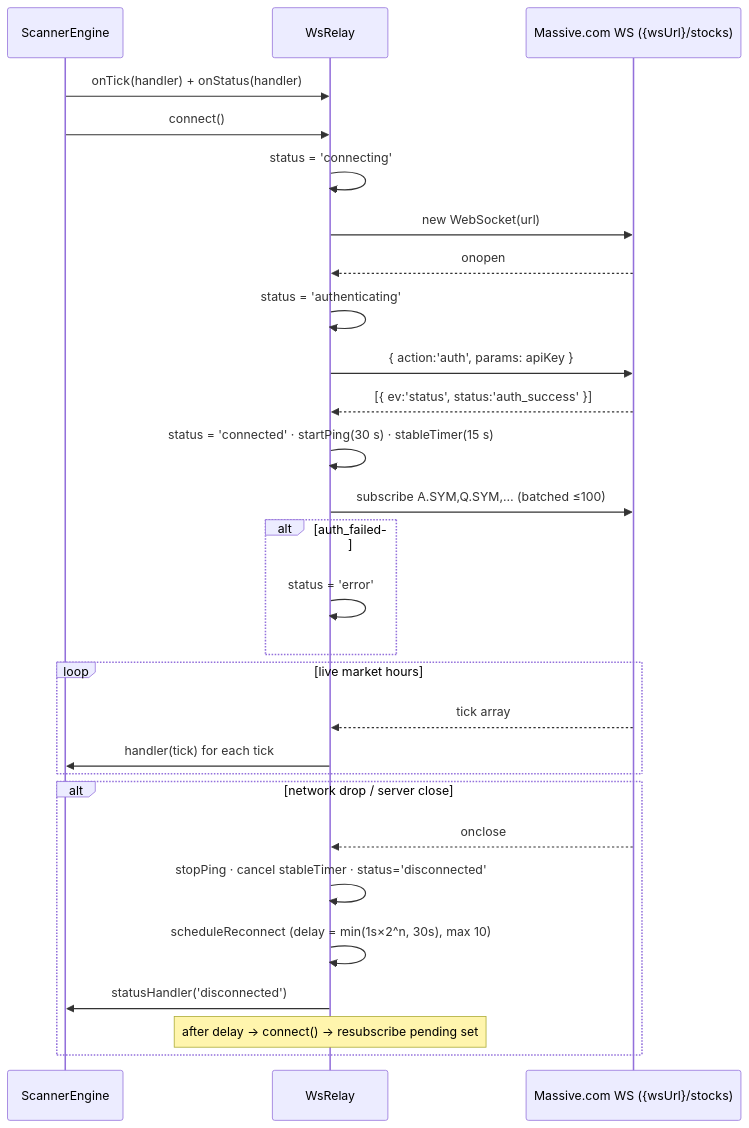
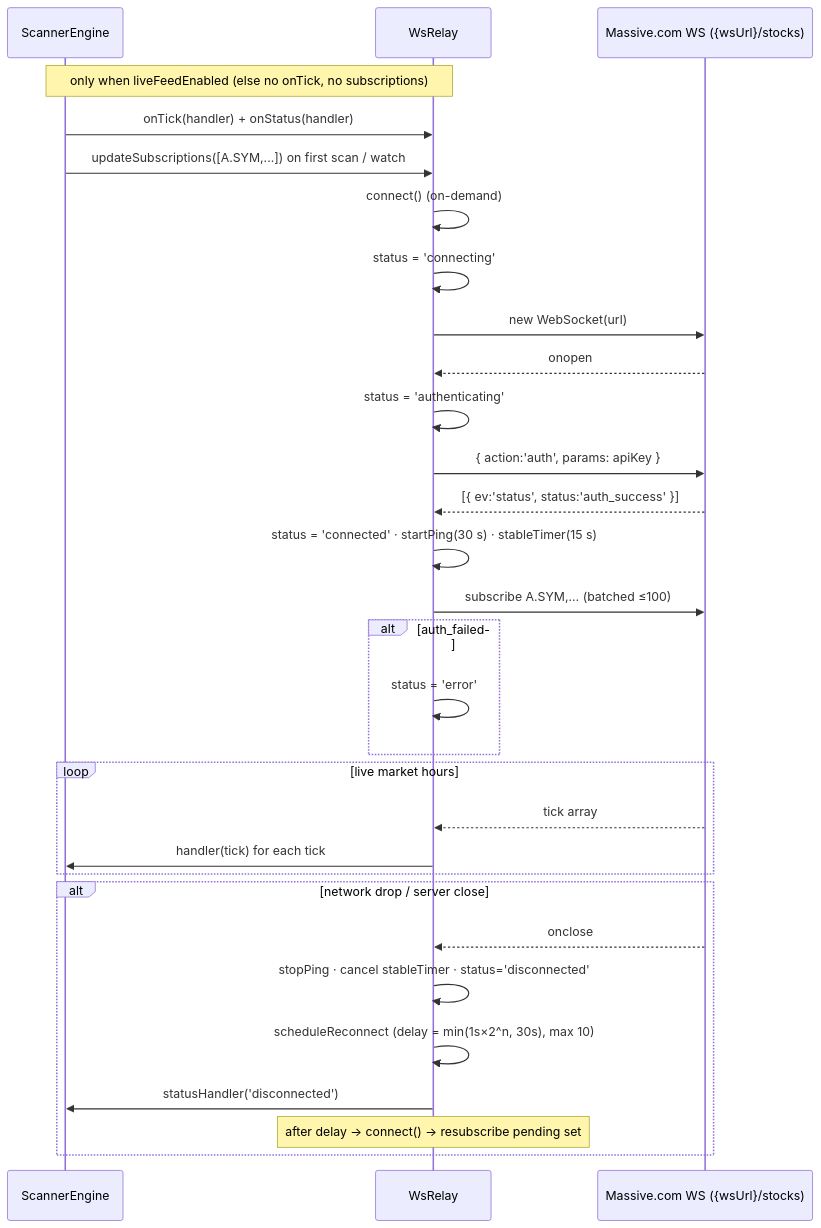
Before and after one commit to GerritKnoetze/pulse-trader: the fourth of 4 diagrams in docs/DATA_ARCHITECTURE.md, drawn with Mermaid. The commit also changed other lines of this file and 11 other files, not shown here.

First line of the commit message:
feat(data): non-blocking chart data path, 5min/10s timespan fix, test harness

````diff
--- a/docs/DATA_ARCHITECTURE.md
+++ b/docs/DATA_ARCHITECTURE.md
@@ -1008,33 +1268,35 @@
 ```mermaid
 sequenceDiagram
     participant SE as ScannerEngine
     participant WS as WsRelay
     participant MassWS as Massive.com WS ({wsUrl}/stocks)
 
+    Note over SE,WS: only when liveFeedEnabled (else no onTick, no subscriptions)
     SE->>WS: onTick(handler) + onStatus(handler)
-    SE->>WS: connect()
+    SE->>WS: updateSubscriptions([A.SYM,...]) on first scan / watch
+    WS->>WS: connect() (on-demand)
     WS->>WS: status = 'connecting'
     WS->>MassWS: new WebSocket(url)
     MassWS-->>WS: onopen
     WS->>WS: status = 'authenticating'
     WS->>MassWS: { action:'auth', params: apiKey }
     MassWS-->>WS: [{ ev:'status', status:'auth_success' }]
     WS->>WS: status = 'connected' · startPing(30 s) · stableTimer(15 s)
-    WS->>MassWS: subscribe A.SYM,Q.SYM,… (batched ≤100)
+    WS->>MassWS: subscribe A.SYM,… (batched ≤100)
     alt auth_failed
         WS->>WS: status = 'error'
     end
 
     loop live market hours
         MassWS-->>WS: tick array
         WS->>SE: handler(tick) for each tick
     end
 
     alt network drop / server close
         MassWS-->>WS: onclose
         WS->>WS: stopPing · cancel stableTimer · status='disconnected'
         WS->>WS: scheduleReconnect (delay = min(1s×2^n, 30s), max 10)
         WS->>SE: statusHandler('disconnected')
         Note over WS: after delay → connect() → resubscribe pending set
     end
 ```
````
